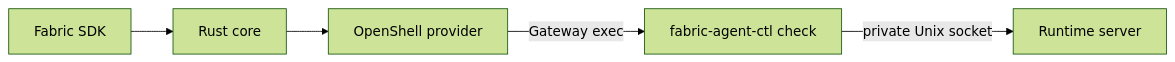
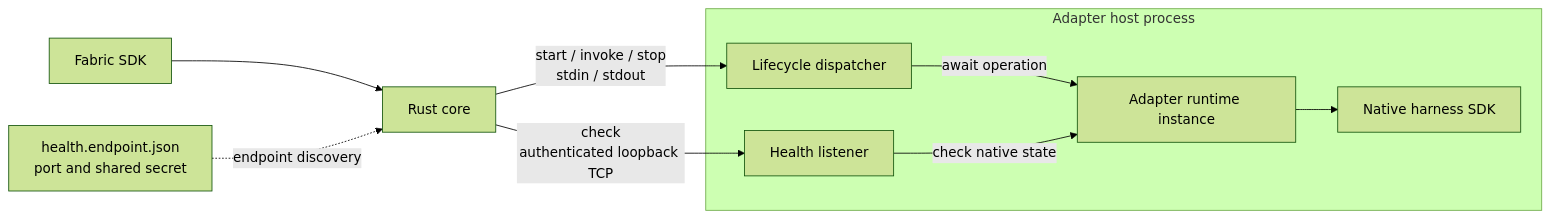
One commit to NVIDIA/NeMo-Fabric changed the second of 2 diagrams in docs/sdk/python.mdx. Above: the diagram before and after it, drawn with Mermaid (forest theme). The commit also changed other lines of this file and 11 other files, not shown here.

Commit message:
fix: align Pi health checks with the shared contract

````diff
--- a/docs/sdk/python.mdx
+++ b/docs/sdk/python.mdx
@@ -274,7 +278,12 @@
 ```mermaid
 flowchart LR
     SDK["Fabric SDK"] --> Core["Rust core"]
-    Core --> Provider["OpenShell provider"]
-    Provider -->|"Gateway exec"| CLI["fabric-agent-ctl check"]
-    CLI -->|"private Unix socket"| Server["Runtime server"]
+    Core -->|"start / invoke / stop<br/>stdin / stdout"| Lifecycle
+    Core -->|"check<br/>authenticated loopback TCP"| Health
+    Endpoint["health.endpoint.json<br/>port and shared secret"] -.->|"endpoint discovery"| Core
+    subgraph Host["Adapter host process"]
+        Lifecycle["Lifecycle dispatcher"] -->|"await operation"| Adapter["Adapter runtime instance"]
+        Health["Health listener"] -->|"check native state"| Adapter
+        Adapter --> Harness["Native harness SDK"]
+    end
 ```
````
